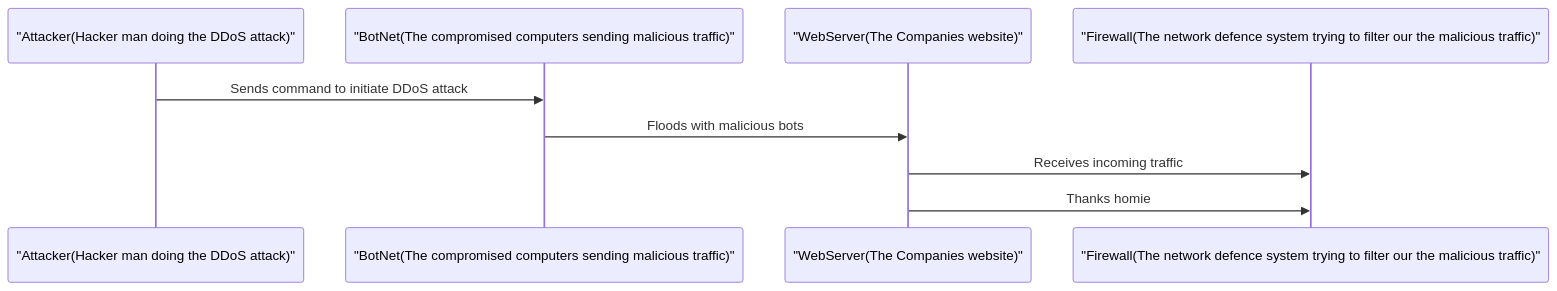
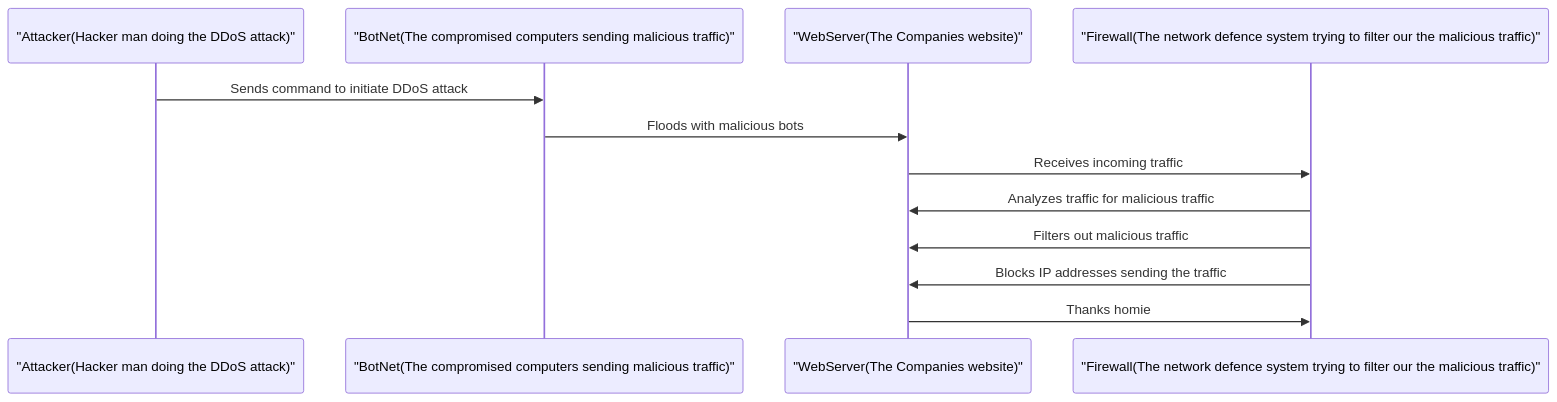
Before and after one commit to Blucas3/DDOS_Attack_Sequence.md: the diagram in README.md, drawn with Mermaid.

````diff
--- a/README.md
+++ b/README.md
@@ -2,15 +2,15 @@
 ```mermaid
 sequenceDiagram
     participant Attacker as "Attacker(Hacker man doing the DDoS attack)"
     participant BotNet as "BotNet(The compromised computers sending malicious traffic)"
     participant WebServer as "WebServer(The Companies website)"
     participant Firewall as "Firewall(The network defence system trying to filter our the malicious traffic)"
 
     Attacker->>BotNet: Sends command to initiate DDoS attack
     BotNet->>WebServer: Floods with malicious bots
     WebServer->>Firewall: Receives incoming traffic
-    # Firewall->>WebServer: Analyzes traffic for malicious traffic
-    # Firewall->>WebServer: Filters out malicious traffic
-    # Firewall->>WebServer: Blocks IP addresses sending the traffic
+    Firewall->>WebServer: Analyzes traffic for malicious traffic
+    Firewall->>WebServer: Filters out malicious traffic
+    Firewall->>WebServer: Blocks IP addresses sending the traffic
     WebServer->>Firewall: Thanks homie 
  ```
````
